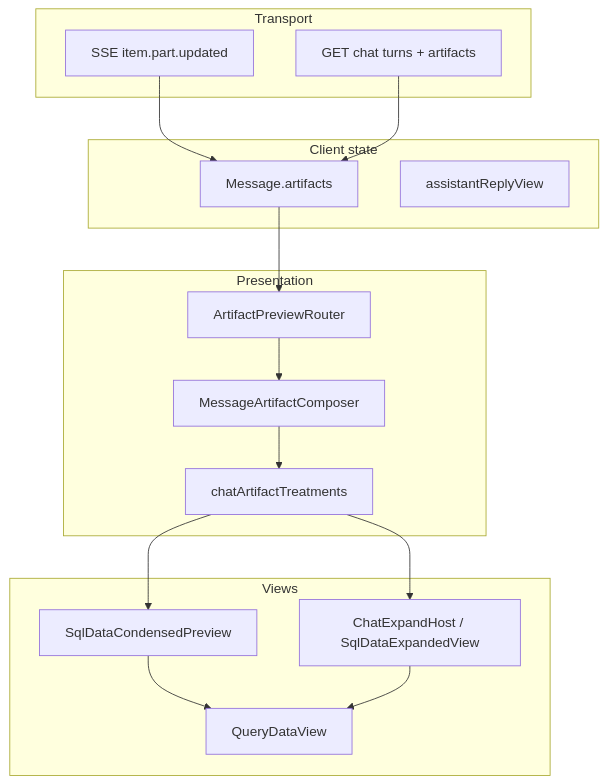
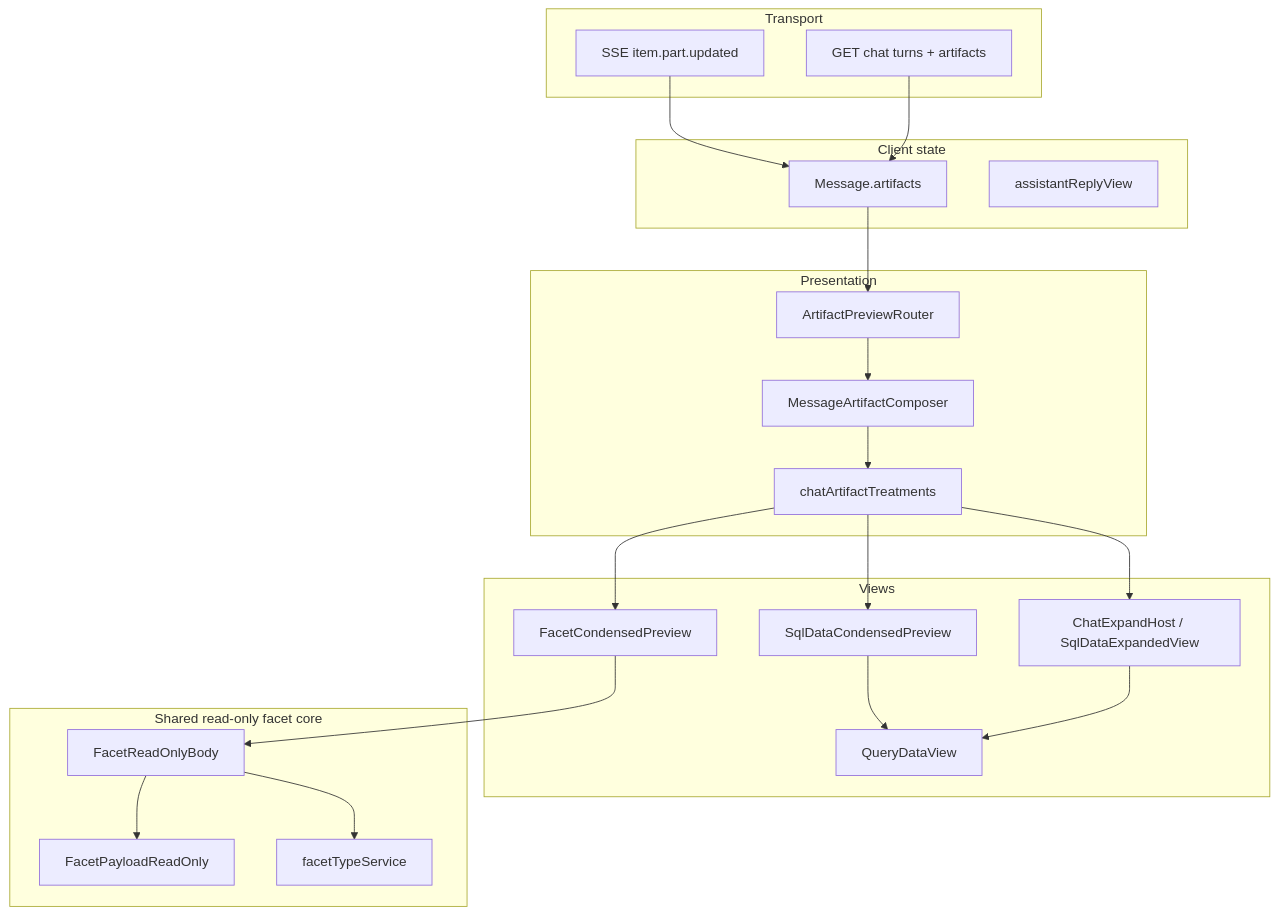
The diagram in docs/design/ai/chat-artefact-architecture.md (qpointz/qpointz), drawn with Mermaid before and after one commit. The commit also changed other lines of this file and 36 other files, not shown here.

First line of the commit message:
[fix] Persist schema captures and unify facet-proposal wire replay

````diff
--- a/docs/design/ai/chat-artefact-architecture.md
+++ b/docs/design/ai/chat-artefact-architecture.md
@@ -106,28 +111,37 @@
 ```mermaid
 flowchart TB
   subgraph transport [Transport]
     SSE[SSE item.part.updated]
     GET[GET chat turns + artifacts]
   end
   subgraph state [Client state]
     MSG[Message.artifacts]
     VIEW[assistantReplyView]
   end
   subgraph router [Presentation]
     APR[ArtifactPreviewRouter]
     MAC[MessageArtifactComposer]
     TREAT[chatArtifactTreatments]
   end
   subgraph views [Views]
     COND[SqlDataCondensedPreview]
+    FACET[FacetCondensedPreview]
     EXP[ChatExpandHost / SqlDataExpandedView]
     QDV[QueryDataView]
+  end
+  subgraph shared [Shared read-only facet core]
+    FRB[FacetReadOnlyBody]
+    FPR[FacetPayloadReadOnly]
+    FT[facetTypeService]
   end
   SSE --> MSG
   GET --> MSG
   MSG --> APR --> MAC --> TREAT
   TREAT --> COND
+  TREAT --> FACET
   TREAT --> EXP
   COND --> QDV
   EXP --> QDV
+  FACET --> FRB --> FPR
+  FRB --> FT
 ```
````
